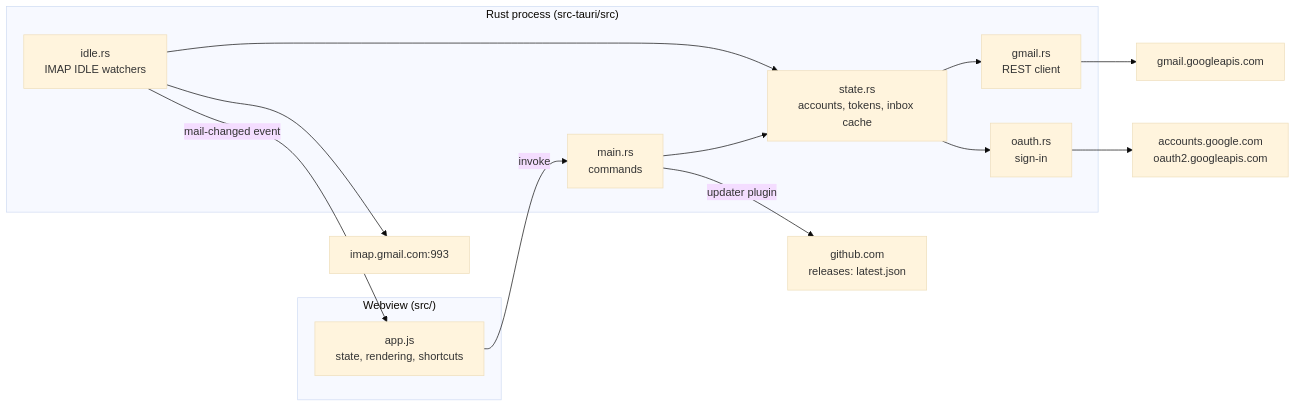
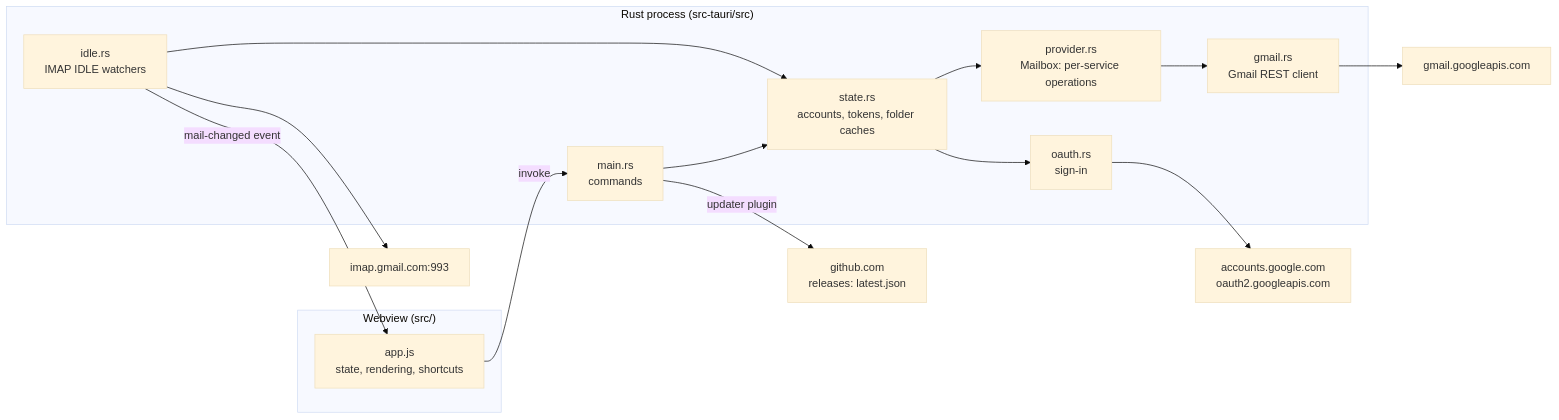
One commit to andeliseev/unified-mail changed the diagram in docs/architecture.md. Above: the diagram before and after it, drawn with Mermaid (base theme). The commit also changed other lines of this file and 6 other files, not shown here.

First line of the commit message:
Provider layer: Gmail behind a Mailbox interface

````diff
--- a/docs/architecture.md
+++ b/docs/architecture.md
@@ -5,23 +5,25 @@
 ```mermaid
 flowchart LR
   subgraph Webview["Webview (src/)"]
     UI["app.js<br/>state, rendering, shortcuts"]
   end
   subgraph Rust["Rust process (src-tauri/src)"]
     Main["main.rs<br/>commands"]
-    State["state.rs<br/>accounts, tokens, inbox cache"]
-    Gmail["gmail.rs<br/>REST client"]
+    State["state.rs<br/>accounts, tokens, folder caches"]
+    Provider["provider.rs<br/>Mailbox: per-service operations"]
+    Gmail["gmail.rs<br/>Gmail REST client"]
     OAuth["oauth.rs<br/>sign-in"]
     Idle["idle.rs<br/>IMAP IDLE watchers"]
   end
   UI -- invoke --> Main
   Idle -- "mail-changed event" --> UI
   Main --> State
-  State --> Gmail
+  State --> Provider
+  Provider --> Gmail
   State --> OAuth
   Idle --> State
   Gmail --> GAPI["gmail.googleapis.com"]
   OAuth --> GAUTH["accounts.google.com<br/>oauth2.googleapis.com"]
   Idle --> IMAP["imap.gmail.com:993"]
   Main -- "updater plugin" --> GH["github.com<br/>releases: latest.json"]
 ```
````
